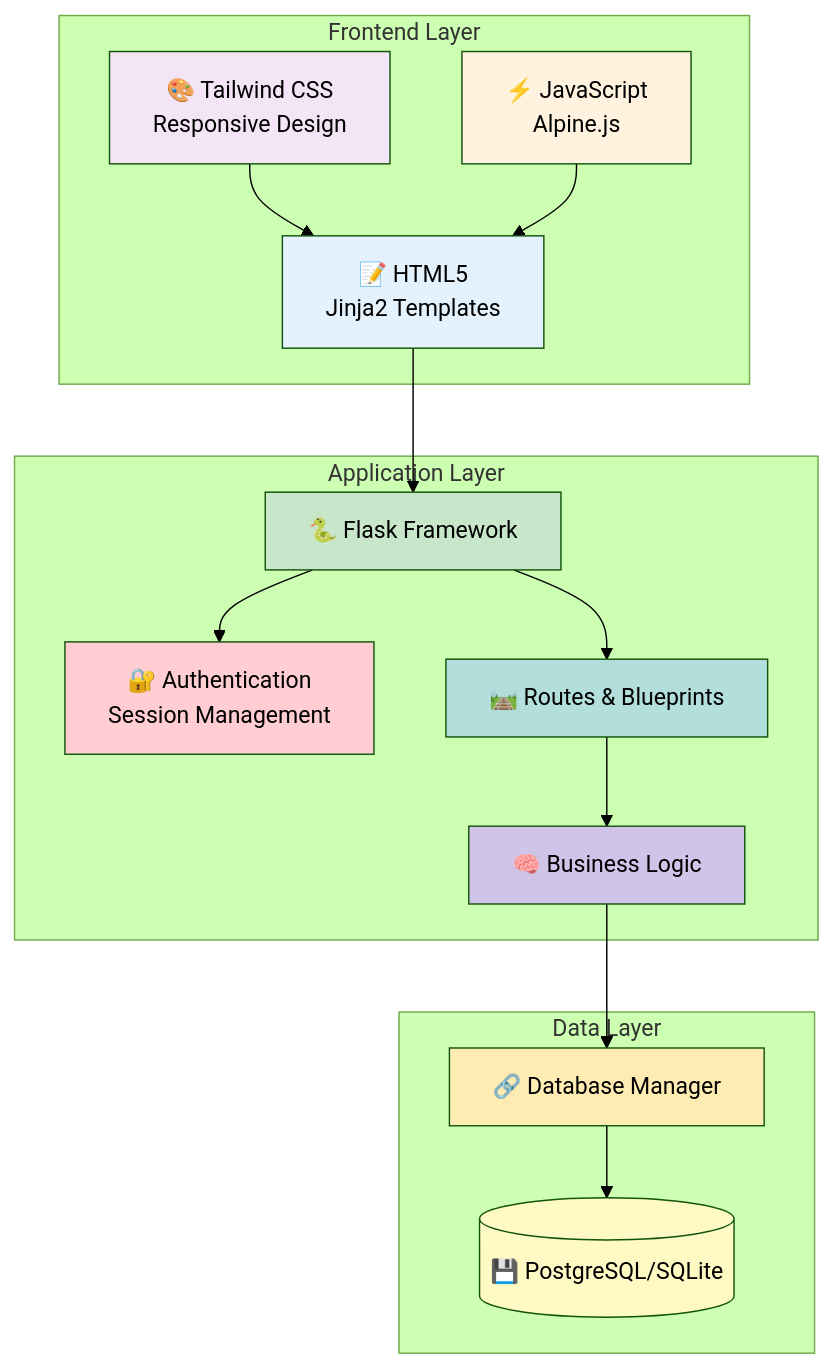
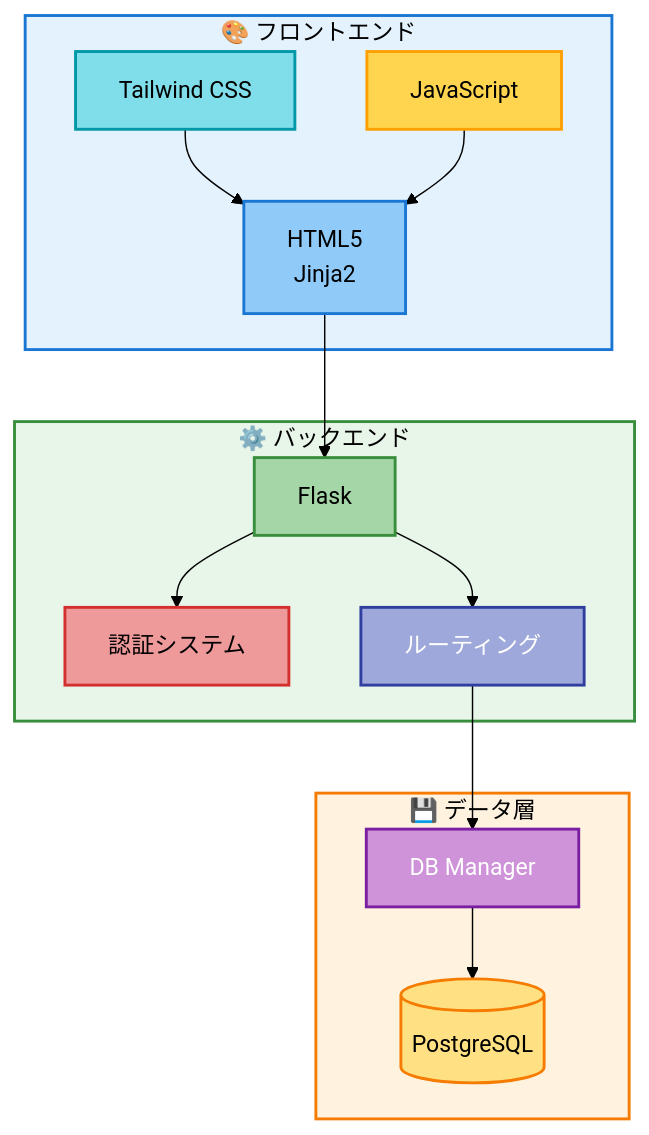
One commit to d01ki/FE-master changed the third of 8 diagrams in docs/diagrams.md. Above: the diagram before and after it, drawn with Mermaid (forest theme). The commit also changed other lines of this file, not shown here.

Commit message:
docs: Improve diagram readability with better text colors

````diff
--- a/docs/diagrams.md
+++ b/docs/diagrams.md
@@ -127,39 +114,39 @@
 ```mermaid
-graph TB
-    subgraph "Frontend Layer"
-        HTML["📝 HTML5<br/>Jinja2 Templates"]
-        CSS["🎨 Tailwind CSS<br/>Responsive Design"]
-        JS["⚡ JavaScript<br/>Alpine.js"]
+flowchart TB
+    subgraph Frontend["🎨 フロントエンド"]
+        HTML["HTML5<br/>Jinja2"]
+        CSS["Tailwind CSS"]
+        JS["JavaScript"]
     end
-
-    subgraph "Application Layer"
-        Flask["🐍 Flask Framework"]
-        Auth["🔐 Authentication<br/>Session Management"]
-        Routes["🛤️ Routes & Blueprints"]
-        Business["🧠 Business Logic"]
+    
+    subgraph Backend["⚙️ バックエンド"]
+        Flask["Flask"]
+        Auth["認証システム"]
+        Routes["ルーティング"]
     end
-
-    subgraph "Data Layer"
-        DBManager["🔗 Database Manager"]
-        DB[("💾 PostgreSQL/SQLite")]
+    
+    subgraph Data["💾 データ層"]
+        DBMgr["DB Manager"]
+        PG[("PostgreSQL")]
     end
-
+    
     HTML --> Flask
     CSS --> HTML
     JS --> HTML
     Flask --> Auth
     Flask --> Routes
-    Routes --> Business
-    Business --> DBManager
-    DBManager --> DB
-
-    style HTML fill:#e3f2fd
-    style CSS fill:#f3e5f5
-    style JS fill:#fff3e0
-    style Flask fill:#c8e6c9
-    style Auth fill:#ffcdd2
-    style Routes fill:#b2dfdb
-    style Business fill:#d1c4e9
-    style DBManager fill:#ffecb3
-    style DB fill:#fff9c4
+    Routes --> DBMgr
+    DBMgr --> PG
+    
+    style HTML fill:#90CAF9,stroke:#1976D2,stroke-width:2px,color:#000
+    style CSS fill:#80DEEA,stroke:#0097A7,stroke-width:2px,color:#000
+    style JS fill:#FFD54F,stroke:#FFA000,stroke-width:2px,color:#000
+    style Flask fill:#A5D6A7,stroke:#388E3C,stroke-width:2px,color:#000
+    style Auth fill:#EF9A9A,stroke:#D32F2F,stroke-width:2px,color:#000
+    style Routes fill:#9FA8DA,stroke:#303F9F,stroke-width:2px,color:#fff
+    style DBMgr fill:#CE93D8,stroke:#7B1FA2,stroke-width:2px,color:#fff
+    style PG fill:#FFE082,stroke:#F57C00,stroke-width:2px,color:#000
+    style Frontend fill:#E3F2FD,stroke:#1976D2,stroke-width:2px,color:#000
+    style Backend fill:#E8F5E9,stroke:#388E3C,stroke-width:2px,color:#000
+    style Data fill:#FFF3E0,stroke:#F57C00,stroke-width:2px,color:#000
 ```
````
